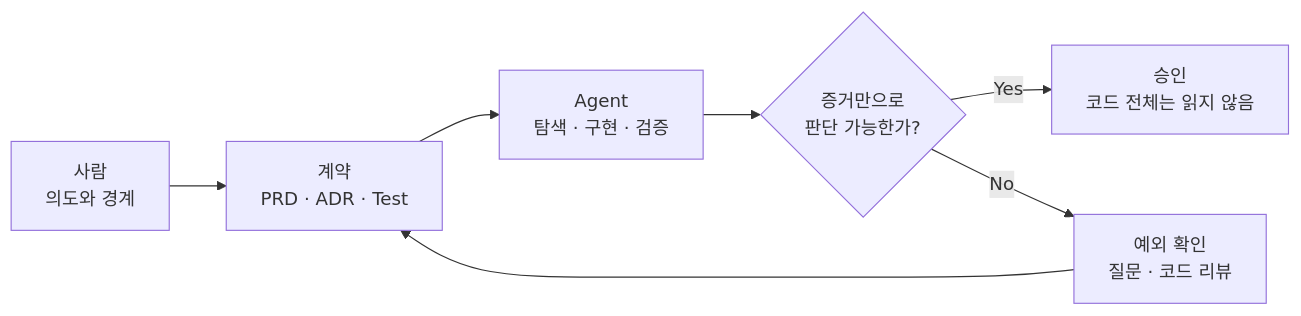
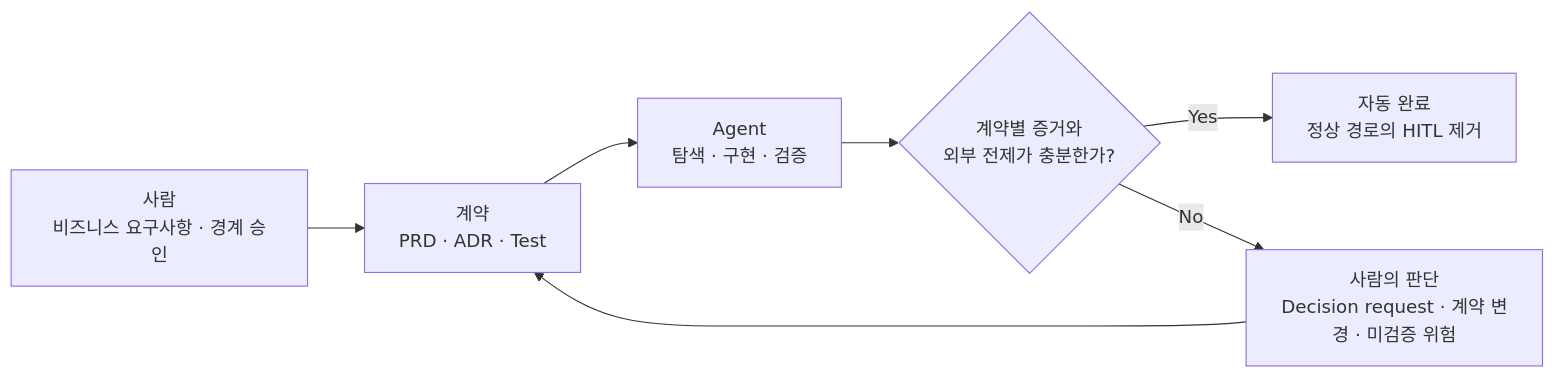
The diagram in _posts/2026-08-18-ai-coding-review-cognitive-load.md (haandol/haandol.github.com), drawn with Mermaid before and after one commit. The commit also changed other lines of this file, not shown here.

````diff
--- a/_posts/2026-08-18-ai-coding-review-cognitive-load.md
+++ b/_posts/2026-08-18-ai-coding-review-cognitive-load.md
@@ -196,9 +253,9 @@
 ```mermaid
 flowchart LR
-    H["사람<br/>의도와 경계"] --> C["계약<br/>PRD · ADR · Test"]
+    H["사람<br/>비즈니스 요구사항 · 경계 승인"] --> C["계약<br/>PRD · ADR · Test"]
     C --> A["Agent<br/>탐색 · 구현 · 검증"]
-    A --> E{"증거만으로<br/>판단 가능한가?"}
-    E -->|Yes| D["승인<br/>코드 전체는 읽지 않음"]
-    E -->|No| X["예외 확인<br/>질문 · 코드 리뷰"]
+    A --> E{"계약별 증거와<br/>외부 전제가 충분한가?"}
+    E -->|Yes| D["자동 완료<br/>정상 경로의 HITL 제거"]
+    E -->|No| X["사람의 판단<br/>Decision request · 계약 변경 · 미검증 위험"]
     X --> C
 ```
````
